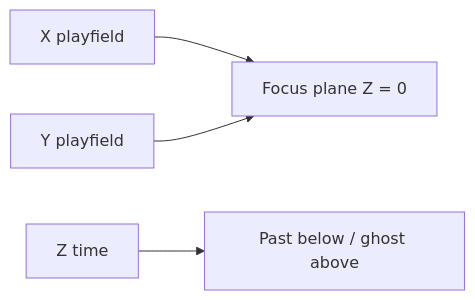
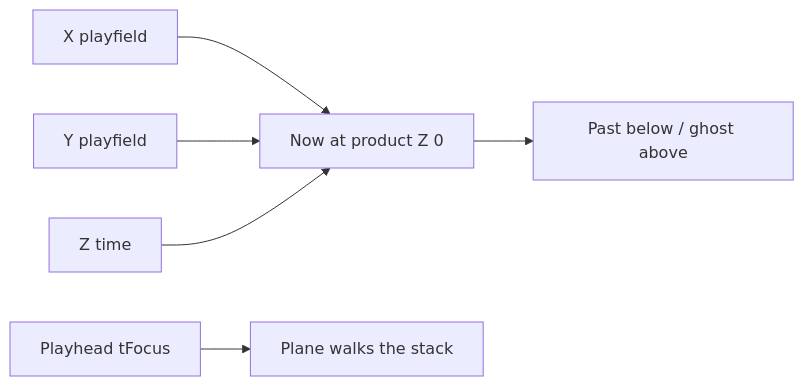
The tenth of 27 diagrams in architecture.md (PiMaV/DONNER), drawn with Mermaid before and after one commit. The commit also changed other lines of this file and 22 other files, not shown here.

````diff
--- a/architecture.md
+++ b/architecture.md
@@ -206,6 +209,8 @@
 ```mermaid
 flowchart LR
-  x[X playfield] --> plane[Focus plane Z = 0]
-  y[Y playfield] --> plane
-  z[Z time] --> stack[Past below / ghost above]
+  x[X playfield] --> origin[Now at product Z 0]
+  y[Y playfield] --> origin
+  z[Z time] --> origin
+  focus[Playhead tFocus] --> plane[Plane walks the stack]
+  origin --> stack[Past below / ghost above]
 ```
````
